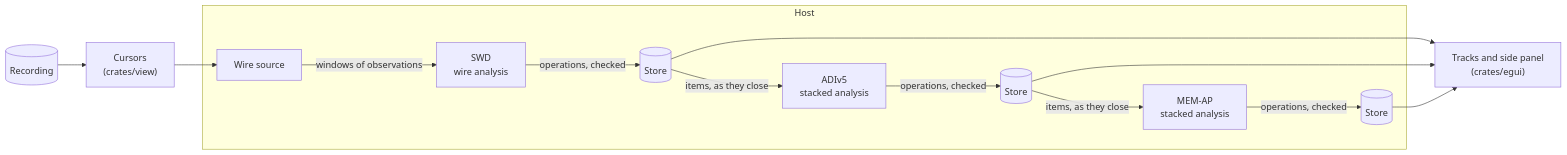
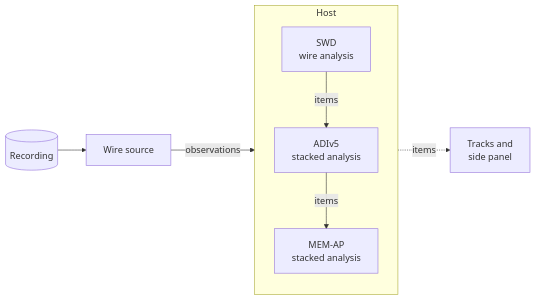
The first of 3 diagrams in DECODING.md (Escapement-Project/tickwave), drawn with Mermaid before and after one commit.

Commit message:
tickwave: lay out DECODING.md's parts in two dimensions, so the diagram fits the page

````diff
--- a/DECODING.md
+++ b/DECODING.md
@@ -28,14 +28,9 @@
 ```mermaid
 flowchart LR
-    rec[("Recording")] --> cursors["Cursors<br/>(crates/view)"]
-    cursors --> source["Wire source"]
+    rec[("Recording")] --> source["Wire source"] -- "observations" --> host
     subgraph host ["Host"]
-        source -- "windows of observations" --> swd["SWD<br/>wire analysis"]
-        swd -- "operations, checked" --> s1[("Store")]
-        s1 -- "items, as they close" --> adi["ADIv5<br/>stacked analysis"]
-        adi -- "operations, checked" --> s2[("Store")]
-        s2 -- "items, as they close" --> mem["MEM-AP<br/>stacked analysis"]
-        mem -- "operations, checked" --> s3[("Store")]
+        direction TB
+        swd["SWD<br/>wire analysis"] -- "items" --> adi["ADIv5<br/>stacked analysis"] -- "items" --> mem["MEM-AP<br/>stacked analysis"]
     end
-    s1 & s2 & s3 --> views["Tracks and side panel<br/>(crates/egui)"]
+    host -. "items" .-> views["Tracks and<br/>side panel"]
 ```
````
